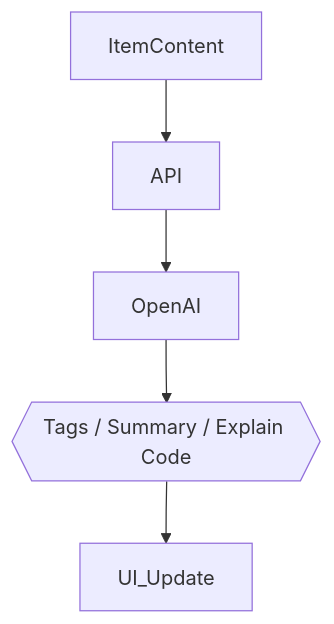
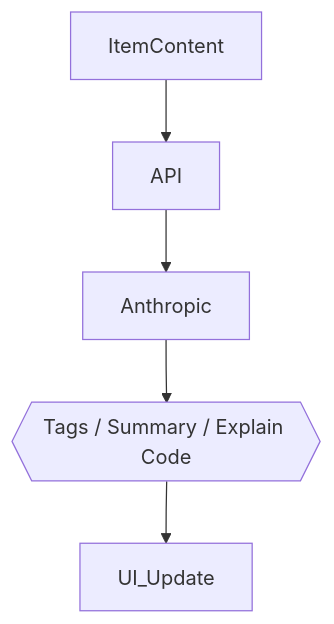
One commit to Labnerd-net/dev-stash changed the third of 3 diagrams in context/project-overview.md. Above: the diagram before and after it, drawn with Mermaid. The commit also changed other lines of this file and 30 other files, not shown here.

````diff
--- a/context/project-overview.md
+++ b/context/project-overview.md
@@ -278,7 +272,7 @@
 ```mermaid
 flowchart TD
   ItemContent --> API
-  API --> OpenAI
-  OpenAI --> Suggestions{{Tags / Summary / Explain Code}}
+  API --> Anthropic
+  Anthropic --> Suggestions{{Tags / Summary / Explain Code}}
   Suggestions --> UI_Update
 ```
````
